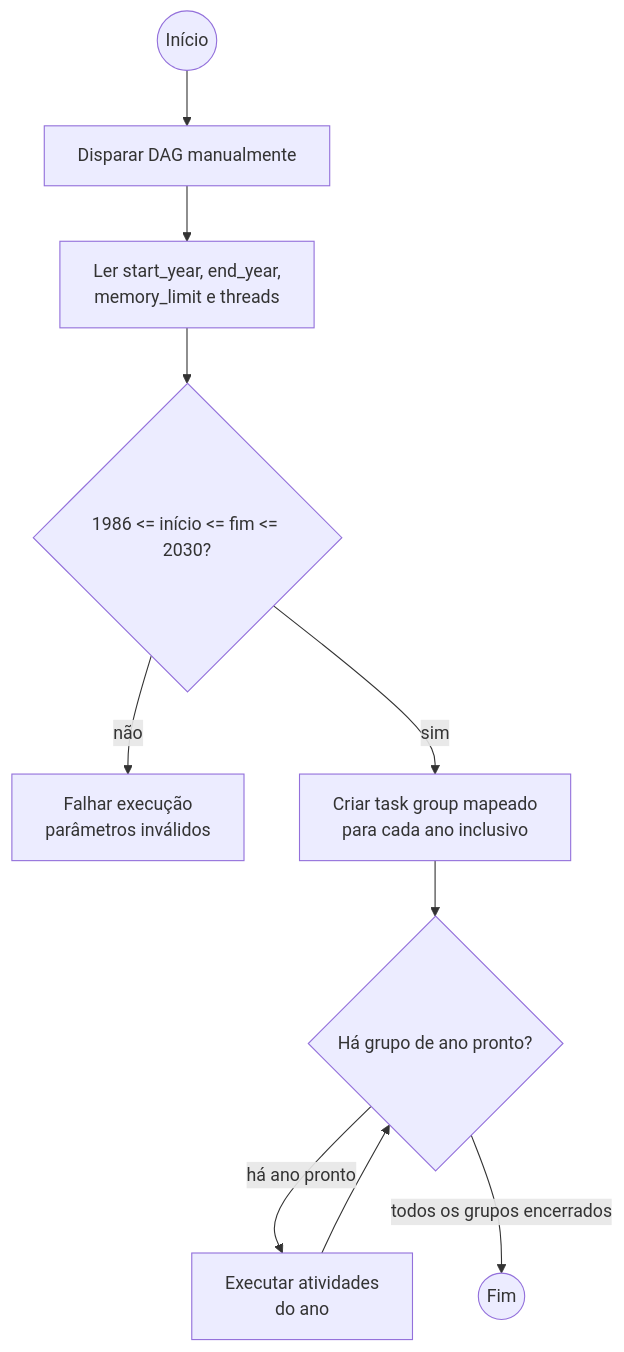
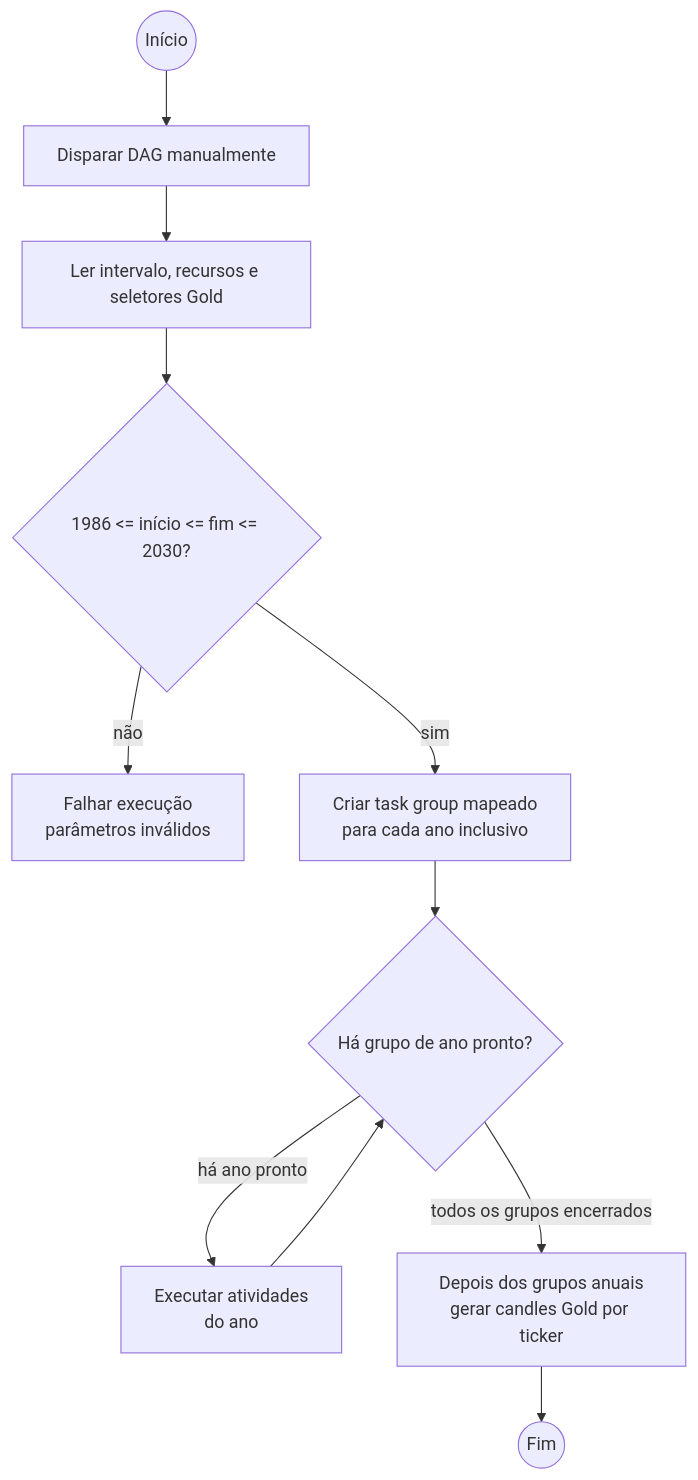
One commit to BiellBatista/Python.DataEngineering changed the first of 3 diagrams in B3-Pipelines/docs/historical-series/diagrama-atividades.md. Above: the diagram before and after it, drawn with Mermaid. The commit also changed other lines of this file and 31 other files, not shown here.

First line of the commit message:
feat: add Gold layer for candles in B3-Pipelines

````diff
--- a/B3-Pipelines/docs/historical-series/diagrama-atividades.md
+++ b/B3-Pipelines/docs/historical-series/diagrama-atividades.md
@@ -5,18 +5,19 @@
 ```mermaid
 flowchart TD
     Start((Início))
     Trigger["Disparar DAG manualmente"]
-    Params["Ler start_year, end_year,<br/>memory_limit e threads"]
+    Params["Ler intervalo, recursos e seletores Gold"]
     Range{"1986 <= início <= fim <= 2030?"}
     Invalid["Falhar execução<br/>parâmetros inválidos"]
     Expand["Criar task group mapeado<br/>para cada ano inclusivo"]
     Parallel{"Há grupo de ano pronto?"}
     YearFlow["Executar atividades<br/>do ano"]
+    Gold["Depois dos grupos anuais<br/>gerar candles Gold por ticker"]
     Finish((Fim))
 
     Start --> Trigger --> Params --> Range
     Range -->|"não"| Invalid
     Range -->|"sim"| Expand --> Parallel
     Parallel -->|"há ano pronto"| YearFlow --> Parallel
-    Parallel -->|"todos os grupos encerrados"| Finish
+    Parallel -->|"todos os grupos encerrados"| Gold --> Finish
 ```
````
